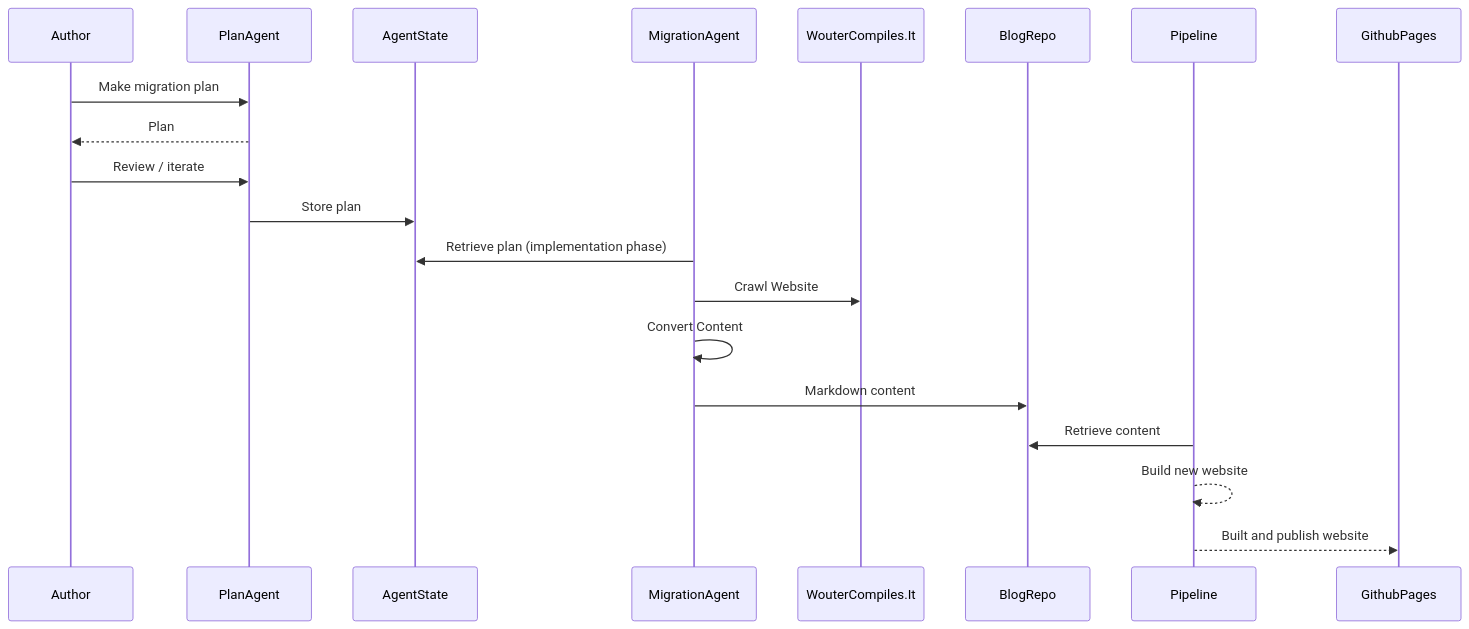
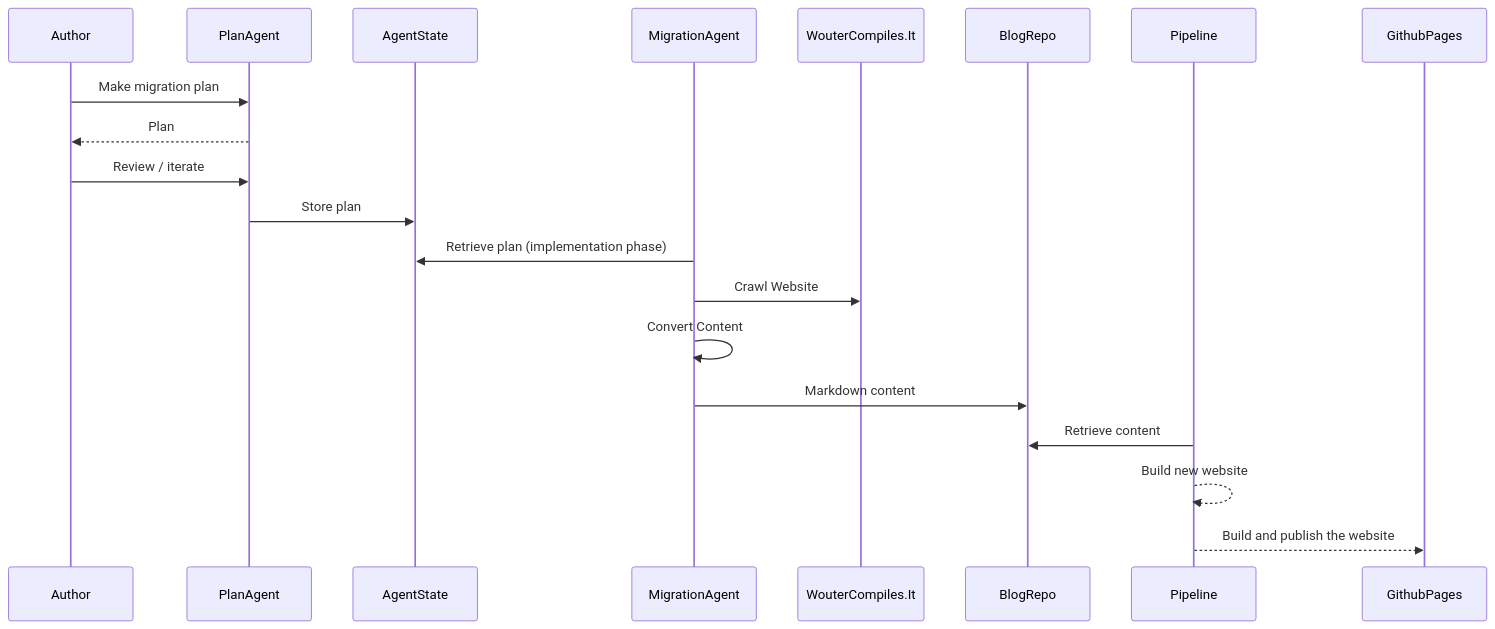
The diagram in _posts/2026-03-29-migrate-your-blog-towards-github-pages.md (wouterfennis/blog), drawn with Mermaid before and after one commit.

Commit message:
fix: improve clarity in sequence diagram description for GitHub Pages publishing

````diff
--- a/_posts/2026-03-29-migrate-your-blog-towards-github-pages.md
+++ b/_posts/2026-03-29-migrate-your-blog-towards-github-pages.md
@@ -47,28 +47,28 @@
 ```mermaid
 sequenceDiagram
     participant Author
     participant PlanAgent
     participant AgentState
     participant MigrationAgent
     participant WouterCompiles.It
     participant BlogRepo
     participant Pipeline
     participant GithubPages
 
 
     Author->>PlanAgent: Make migration plan
     PlanAgent-->>Author: Plan
     Author->>PlanAgent: Review / iterate
 
     PlanAgent->>AgentState: Store plan
     MigrationAgent->>AgentState: Retrieve plan (implementation phase)
 
     MigrationAgent->>WouterCompiles.It: Crawl Website
     MigrationAgent->>MigrationAgent: Convert Content
 
     MigrationAgent->>BlogRepo: Markdown content
     Pipeline->>BlogRepo: Retrieve content
     Pipeline-->>Pipeline: Build new website
 
-    Pipeline-->>GithubPages: Built and publish website
+    Pipeline-->>GithubPages: Build and publish the website
 ```
````
